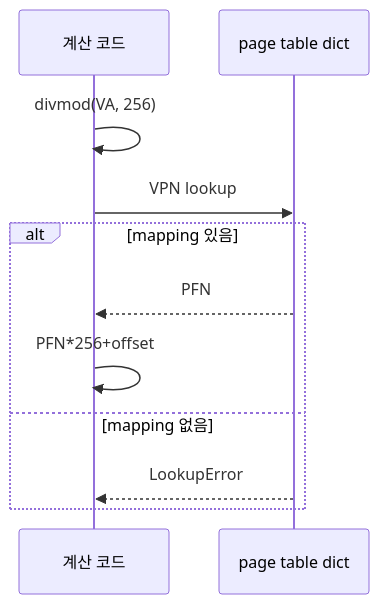
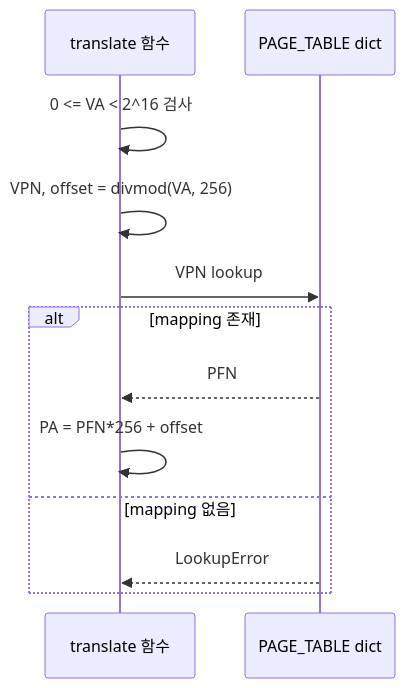
One commit to mj006648/netai-devsecops-runbook changed the second of 2 diagrams in learning/operating-systems/12-local-model-labs.md. Above: the diagram before and after it, drawn with Mermaid. The commit also changed other lines of this file and 55 other files, not shown here.

````diff
--- a/learning/operating-systems/12-local-model-labs.md
+++ b/learning/operating-systems/12-local-model-labs.md
@@ -102,13 +256,14 @@
 ```mermaid
 sequenceDiagram
-    participant C as 계산 코드
-    participant P as page table dict
-    C->>C: divmod(VA, 256)
-    C->>P: VPN lookup
-    alt mapping 있음
-        P-->>C: PFN
-        C->>C: PFN*256+offset
+    participant C as translate 함수
+    participant T as PAGE_TABLE dict
+    C->>C: 0 <= VA < 2^16 검사
+    C->>C: VPN, offset = divmod(VA, 256)
+    C->>T: VPN lookup
+    alt mapping 존재
+        T-->>C: PFN
+        C->>C: PA = PFN*256 + offset
     else mapping 없음
-        P-->>C: LookupError
+        T-->>C: LookupError
     end
 ```
````
